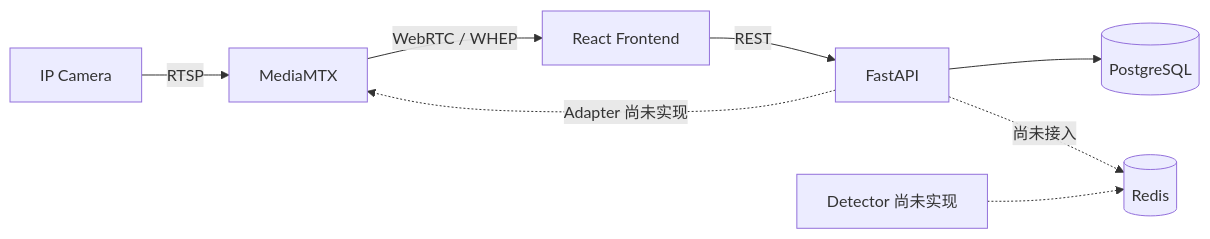
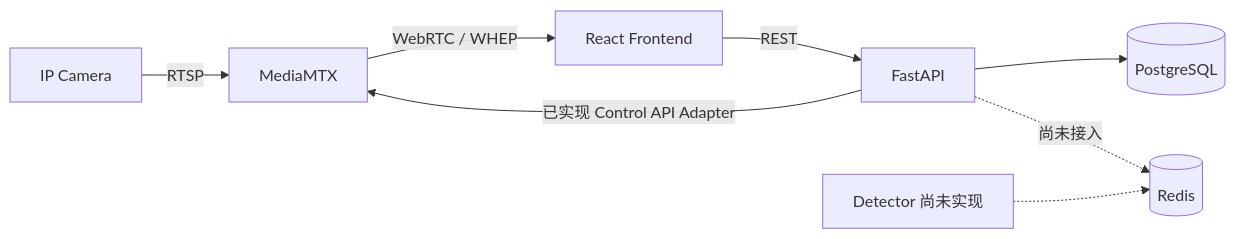
Before and after one commit to fuweihang/sop-vision: the diagram in README.md, drawn with Mermaid. The commit also changed other lines of this file and 6 other files, not shown here.

````diff
--- a/README.md
+++ b/README.md
@@ -24,10 +24,10 @@
 ```mermaid
 flowchart LR
     CAM[IP Camera] -->|RTSP| MTX[MediaMTX]
     MTX -->|WebRTC / WHEP| FE[React Frontend]
     FE -->|REST| API[FastAPI]
     API --> PG[(PostgreSQL)]
-    API -. "Adapter 尚未实现" .-> MTX
+    API -->|已实现 Control API Adapter| MTX
     API -. "尚未接入" .-> REDIS[(Redis)]
     DET[Detector 尚未实现] -.-> REDIS
 ```
````
